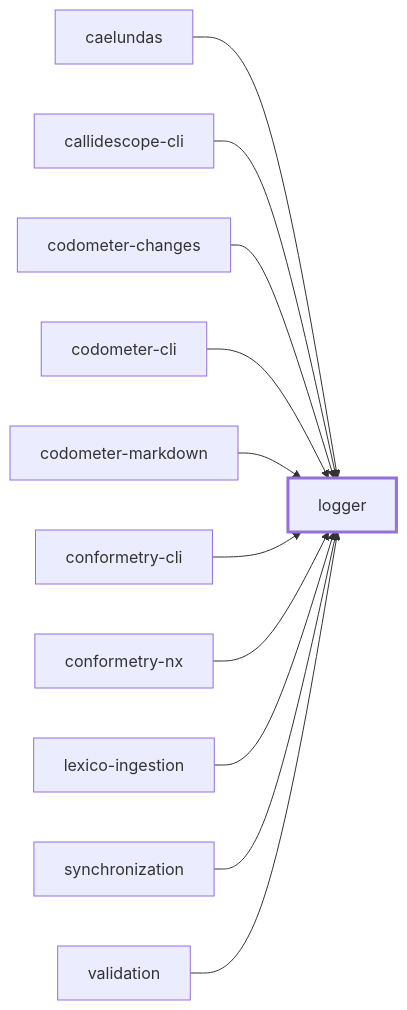
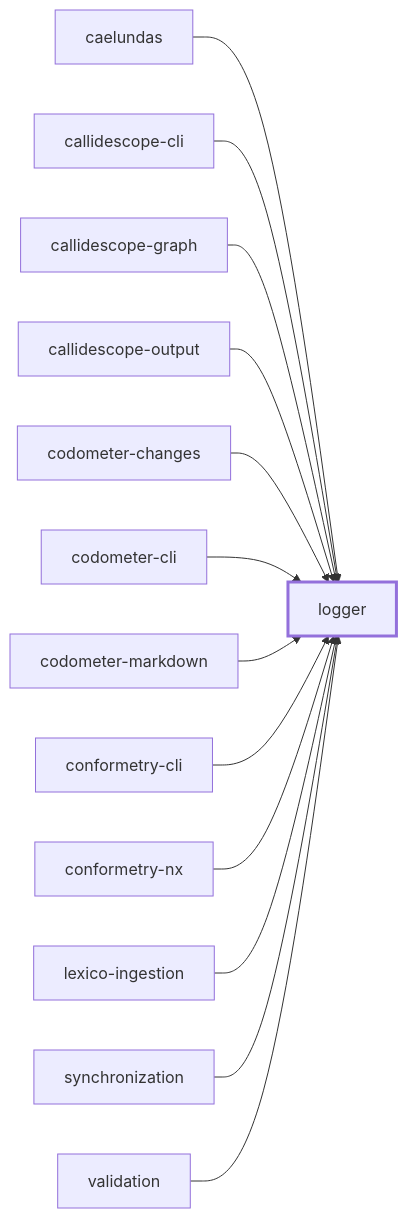
The first of 2 diagrams in packages/logger/README.md (JimmyPaolini/codebase), drawn with Mermaid before and after one commit. The commit also changed 143 other files, not shown here.

Commit message:
refactor(callidescope): ♻️ split callidescope-cli into graph and output packages

````diff
--- a/packages/logger/README.md
+++ b/packages/logger/README.md
@@ -77,26 +77,30 @@
 ```mermaid
 flowchart LR
   caelundas["caelundas"]
   callidescope_cli["callidescope-cli"]
+  callidescope_graph["callidescope-graph"]
+  callidescope_output["callidescope-output"]
   codometer_changes["codometer-changes"]
   codometer_cli["codometer-cli"]
   codometer_markdown["codometer-markdown"]
   conformetry_cli["conformetry-cli"]
   conformetry_nx["conformetry-nx"]
   lexico_ingestion["lexico-ingestion"]
   logger["logger"]
   synchronization["synchronization"]
   validation["validation"]
   caelundas --> logger
   callidescope_cli --> logger
+  callidescope_graph --> logger
+  callidescope_output --> logger
   codometer_changes --> logger
   codometer_cli --> logger
   codometer_markdown --> logger
   conformetry_cli --> logger
   conformetry_nx --> logger
   lexico_ingestion --> logger
   synchronization --> logger
   validation --> logger
   classDef subject stroke-width:3px
   class logger subject
 ```
````
